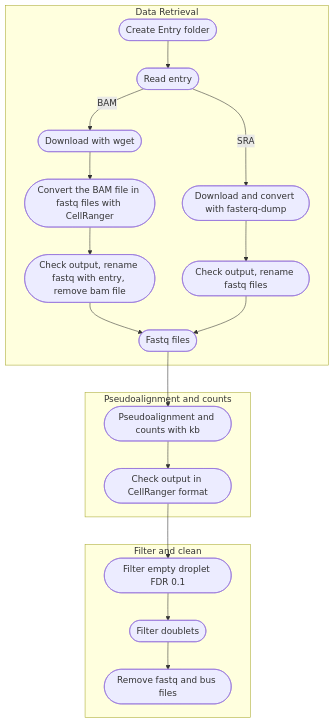
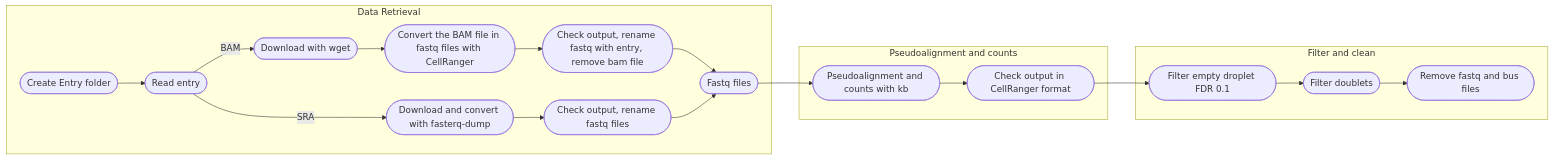
Before and after one commit to VergaJU/BoneMarrow_scRNA-Seq: the diagram in Pre-process/README.md, drawn with Mermaid.

````diff
--- a/Pre-process/README.md
+++ b/Pre-process/README.md
@@ -15,22 +15,22 @@
 ```mermaid
-    flowchart TB
+    flowchart LR
       subgraph Data Retrieval
       A([Create Entry folder]) --> B([Read entry])
       B -- BAM --> C([Download with wget])
       C --> D([Convert the BAM file in fastq files with CellRanger])
       D --> E([Check output, rename fastq with entry, remove bam file])
       E --> H([Fastq files])
       B -- SRA --> F([Download and convert with fasterq-dump])
       F --> G([Check output, rename fastq files])
       end
       subgraph Pseudoalignment and counts
       G --> H
       H --> I([Pseudoalignment and counts with kb])
       I --> J([Check output in CellRanger format])
       end
       subgraph Filter and clean
       J --> K([Filter empty droplet FDR 0.1])
       K --> L([Filter doublets])
       L --> M([Remove fastq and bus files])
       end
 ```
````
